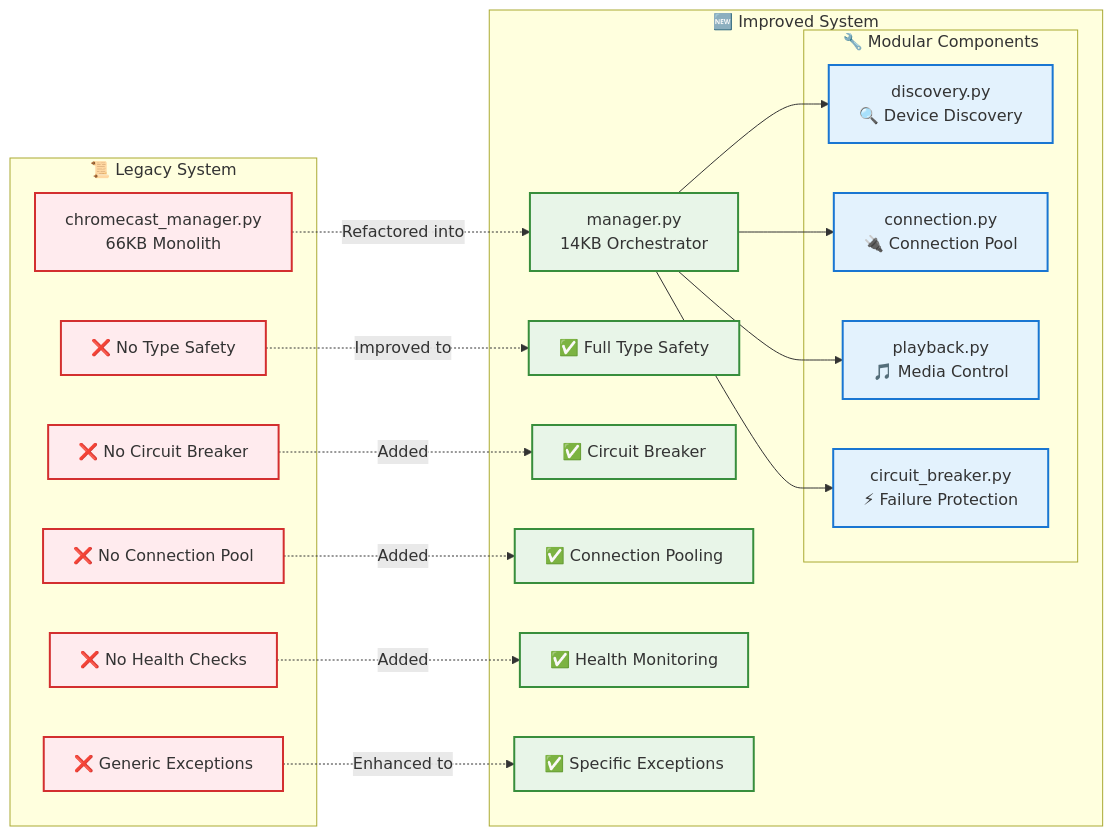
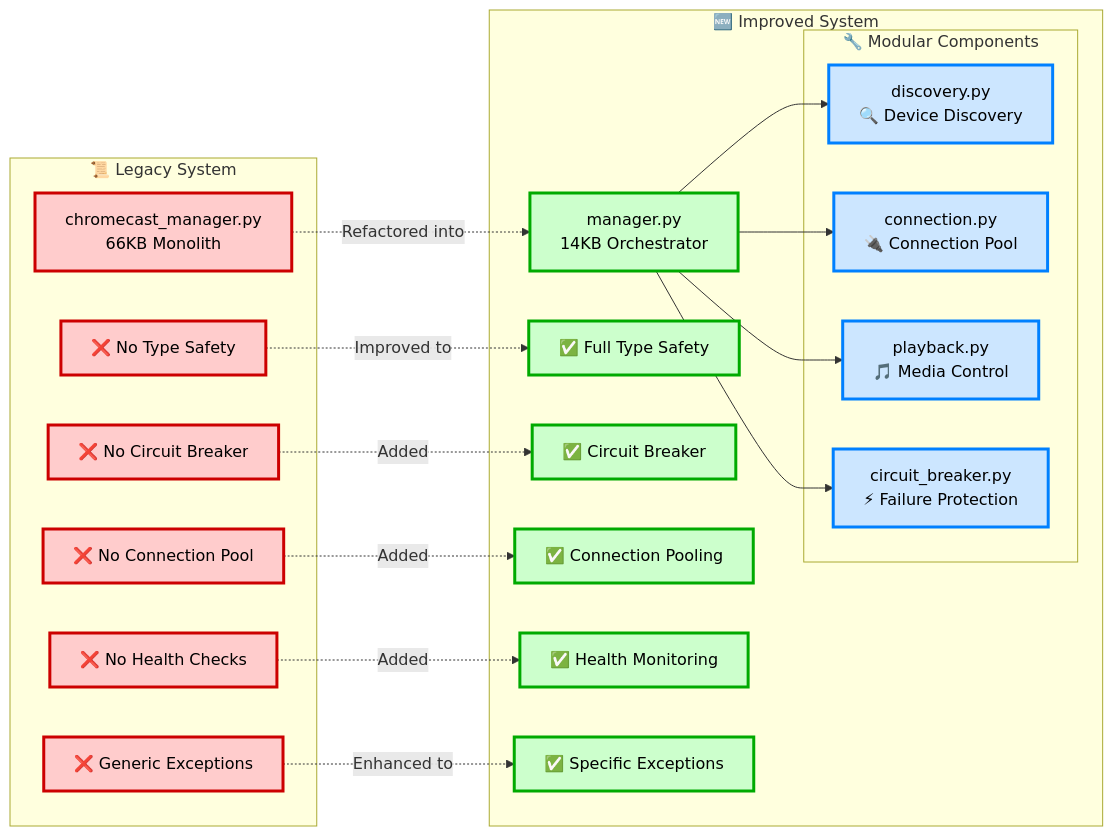
Before and after one commit to shenhab/Automated-Azan: the fourth of 5 diagrams in ARCHITECTURE_MINDMAP.md, drawn with Mermaid. The commit also changed other lines of this file, not shown here.

````diff
--- a/ARCHITECTURE_MINDMAP.md
+++ b/ARCHITECTURE_MINDMAP.md
@@ -258,48 +258,49 @@
 ```mermaid
 graph LR
     subgraph "📜 Legacy System"
         L1[chromecast_manager.py<br/>66KB Monolith]
         L2[❌ No Type Safety]
         L3[❌ No Circuit Breaker]
         L4[❌ No Connection Pool]
         L5[❌ No Health Checks]
         L6[❌ Generic Exceptions]
     end
 
     subgraph "🆕 Improved System"
         N1[manager.py<br/>14KB Orchestrator]
         N2[✅ Full Type Safety]
         N3[✅ Circuit Breaker]
         N4[✅ Connection Pooling]
         N5[✅ Health Monitoring]
         N6[✅ Specific Exceptions]
 
         subgraph "🔧 Modular Components"
             M1[discovery.py<br/>🔍 Device Discovery]
             M2[connection.py<br/>🔌 Connection Pool]
             M3[playback.py<br/>🎵 Media Control]
             M4[circuit_breaker.py<br/>⚡ Failure Protection]
         end
     end
 
     L1 -.->|"Refactored into"| N1
     N1 --> M1
     N1 --> M2
     N1 --> M3
     N1 --> M4
 
     %% Improvements
     L2 -.->|"Improved to"| N2
     L3 -.->|"Added"| N3
     L4 -.->|"Added"| N4
     L5 -.->|"Added"| N5
     L6 -.->|"Enhanced to"| N6
 
-    classDef legacy fill:#ffebee,stroke:#d32f2f,stroke-width:2px
-    classDef improved fill:#e8f5e8,stroke:#388e3c,stroke-width:2px
-    classDef modular fill:#e3f2fd,stroke:#1976d2,stroke-width:2px
+    %% Light/Dark mode compatible styling
+    classDef legacy fill:#ffcccc,stroke:#cc0000,stroke-width:3px,color:#000000
+    classDef improved fill:#ccffcc,stroke:#00aa00,stroke-width:3px,color:#000000
+    classDef modular fill:#cce6ff,stroke:#0080ff,stroke-width:3px,color:#000000
 
     class L1,L2,L3,L4,L5,L6 legacy
     class N1,N2,N3,N4,N5,N6 improved
     class M1,M2,M3,M4 modular
 ```
````
